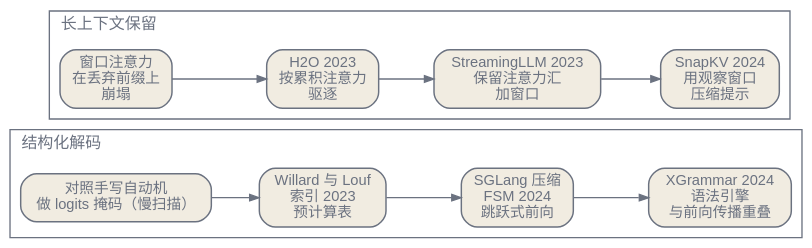
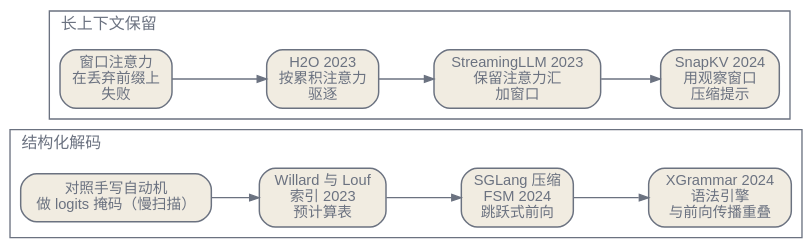
One commit to latere-ai/ai-as-an-infrastructure changed the fourth of 4 diagrams in zh/inference/05-structured-long-context.qmd. Above: the diagram before and after it, drawn with Graphviz. The commit also changed other lines of this file and 7 other files, not shown here.

````diff
--- a/zh/inference/05-structured-long-context.qmd
+++ b/zh/inference/05-structured-long-context.qmd
@@ -161,30 +161,30 @@
 ```{dot}
 //| label: fig-slc-lineage
-//| fig-cap: "两条并行的谱系：约束解码循环，与修剪缓存。每一步都消去前一步所付的某项代价。"
+//| fig-cap: "两条并行的演化线索：约束解码循环，与修剪缓存。每一步都消去前一步所付的某项代价。"
 digraph lineage {
   bgcolor="transparent";
   rankdir=LR;
   node [shape=box, style="rounded,filled", fontname="Helvetica", fontsize=11, fillcolor="#f1ece1", color="#6b7280", fontcolor="#6b7280", penwidth=1.1];
   edge [color="#6b7280", fontcolor="#6b7280", arrowsize=0.7];
 
   subgraph cluster_struct {
     label="结构化解码";
     labeljust=l; color="#6b7280"; fontcolor="#6b7280"; fontname="Helvetica"; fontsize=12;
     s1 [label="对照手写自动机\n做 logits 掩码（慢扫描）"];
     s2 [label="Willard 与 Louf\n索引 2023\n预计算表"];
     s3 [label="SGLang 压缩\nFSM 2024\n跳跃式前向"];
     s4 [label="XGrammar 2024\n语法引擎\n与前向传播重叠"];
     s1 -> s2 -> s3 -> s4;
   }
 
   subgraph cluster_ctx {
     label="长上下文保留";
     labeljust=l; color="#6b7280"; fontcolor="#6b7280"; fontname="Helvetica"; fontsize=12;
-    c1 [label="窗口注意力\n在丢弃前缀上\n崩塌"];
+    c1 [label="窗口注意力\n在丢弃前缀上\n失败"];
     c2 [label="H2O 2023\n按累积注意力\n驱逐"];
     c3 [label="StreamingLLM 2023\n保留注意力汇\n加窗口"];
     c4 [label="SnapKV 2024\n用观察窗口\n压缩提示"];
     c1 -> c2 -> c3 -> c4;
   }
 }
 ```
````
